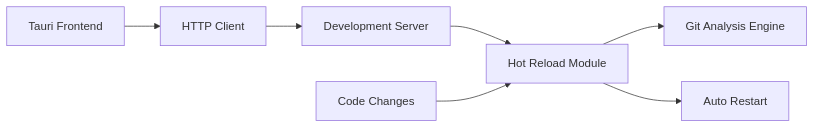
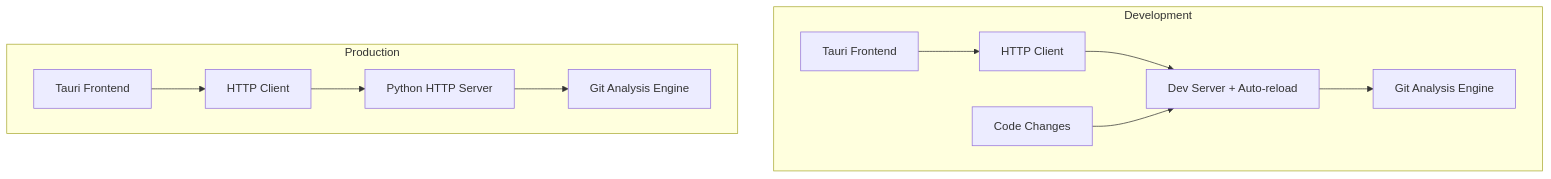
One commit to boost-edu-tools/gitinspectorgui changed the diagram in docs/development/development-mode.md. Above: the diagram before and after it, drawn with Mermaid. The commit also changed other lines of this file and 11 other files, not shown here.

````diff
--- a/docs/development/development-mode.md
+++ b/docs/development/development-mode.md
@@ -27,10 +11,15 @@
 ```mermaid
-graph LR
-    A[Tauri Frontend] --> B[HTTP Client]
-    B --> C[Development Server]
-    C --> D[Hot Reload Module]
-    D --> E[Git Analysis Engine]
+graph TB
+    subgraph "Development"
+        A[Tauri Frontend] --> B[HTTP Client]
+        B --> C[Dev Server + Auto-reload]
+        C --> D[Git Analysis Engine]
+        E[Code Changes] --> C
+    end
 
-    F[Code Changes] --> D
-    D --> G[Auto Restart]
+    subgraph "Production"
+        F[Tauri Frontend] --> G[HTTP Client]
+        G --> H[Python HTTP Server]
+        H --> I[Git Analysis Engine]
+    end
 ```
````
